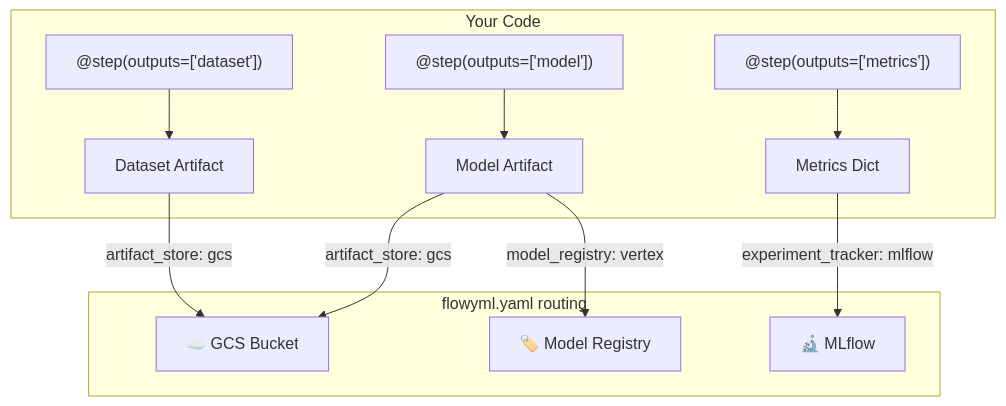
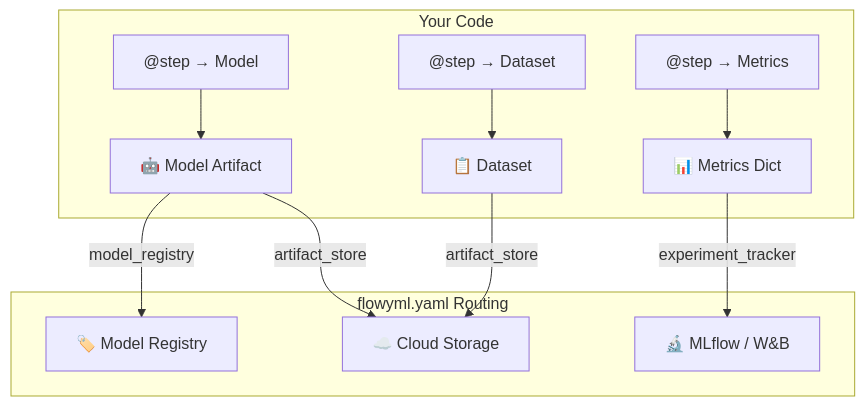
Before and after one commit to UnicoLab/FlowyML: the diagram in docs/index.md, drawn with Mermaid. The commit also changed other lines of this file and 8 other files, not shown here.

First line of the commit message:
docs: major documentation overhaul — redesigned landing page, restructured navigation, added FlowyML-Notebook ecosystem pages

````diff
--- a/docs/index.md
+++ b/docs/index.md
@@ -113,15 +267,15 @@
 ```mermaid
 graph TB
     subgraph "Your Code"
-        S1["@step(outputs=['dataset'])"] --> A1["Dataset Artifact"]
-        S2["@step(outputs=['model'])"] --> A2["Model Artifact"]
-        S3["@step(outputs=['metrics'])"] --> A3["Metrics Dict"]
+        S1["@step → Model"] --> A1["🤖 Model Artifact"]
+        S2["@step → Metrics"] --> A2["📊 Metrics Dict"]
+        S3["@step → Dataset"] --> A3["📋 Dataset"]
     end
 
-    subgraph "flowyml.yaml routing"
-        A1 -->|"artifact_store: gcs"| GCS["☁️ GCS Bucket"]
-        A2 -->|"model_registry: vertex"| REG["🏷️ Model Registry"]
-        A2 -->|"artifact_store: gcs"| GCS
-        A3 -->|"experiment_tracker: mlflow"| MLF["🔬 MLflow"]
+    subgraph "flowyml.yaml Routing"
+        A1 -->|"model_registry"| REG["🏷️ Model Registry"]
+        A1 -->|"artifact_store"| GCS["☁️ Cloud Storage"]
+        A2 -->|"experiment_tracker"| MLF["🔬 MLflow / W&B"]
+        A3 -->|"artifact_store"| GCS
     end
 ```
````
